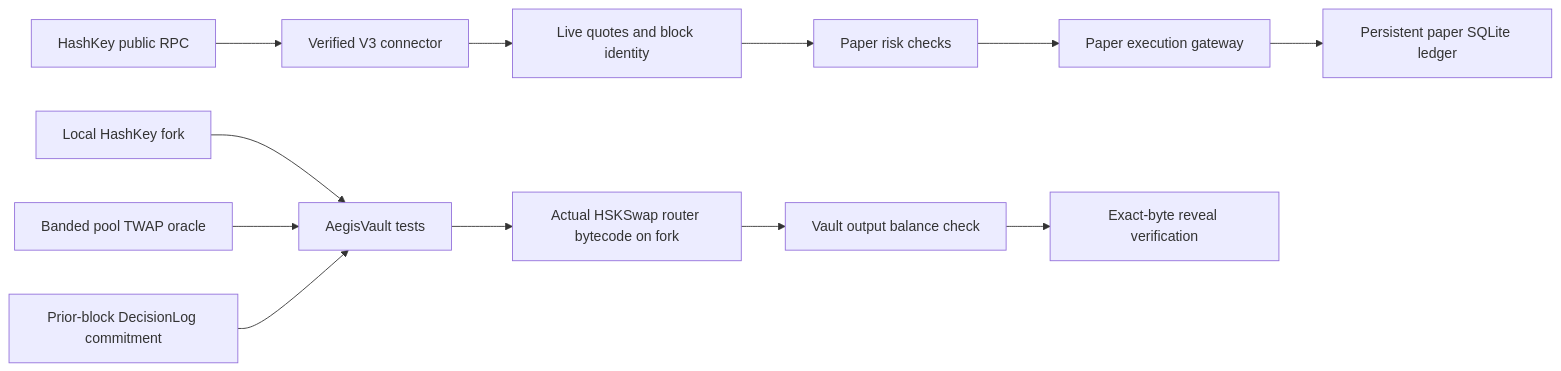
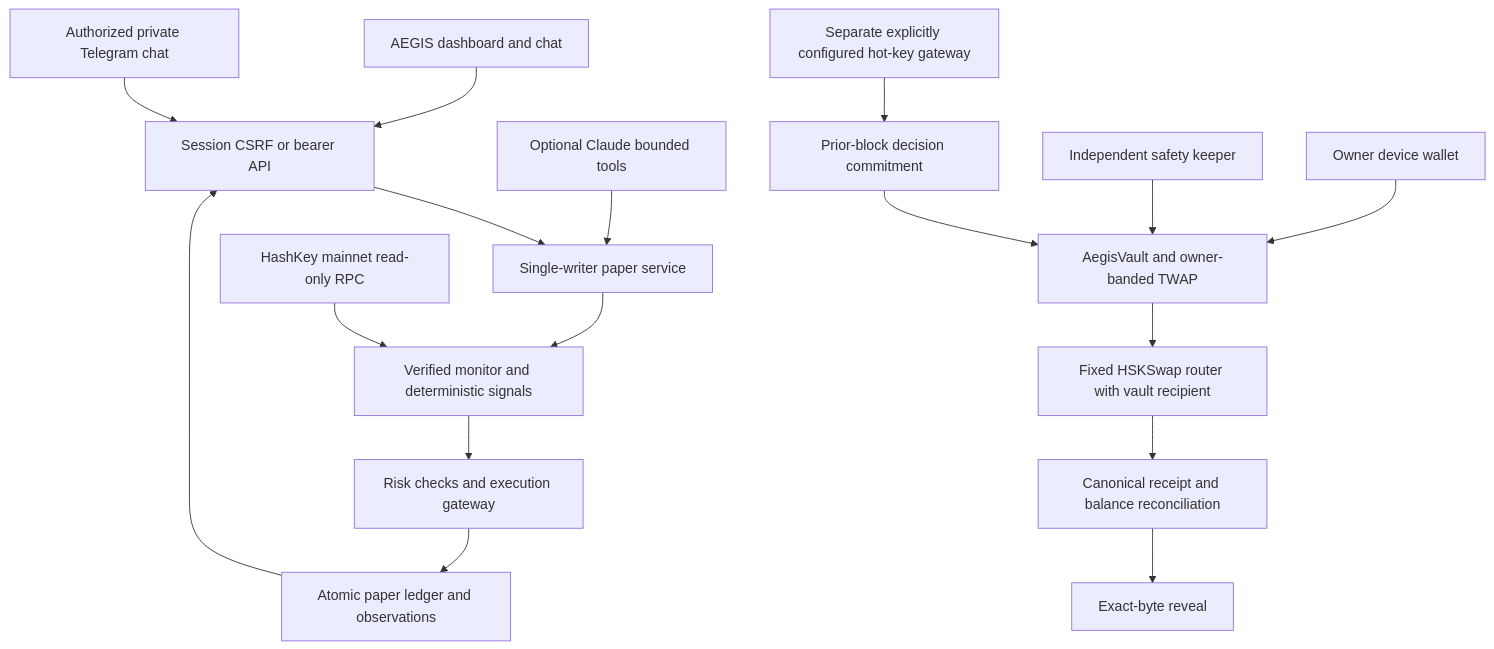
The diagram in docs/ARCHITECTURE.md (sreenivasivbieb/automatic-trading-agent), drawn with Mermaid before and after one commit. The commit also changed other lines of this file and 23 other files, not shown here.

Commit message:
docs: record connected AEGIS flows and one-hour paper evidence

````diff
--- a/docs/ARCHITECTURE.md
+++ b/docs/ARCHITECTURE.md
@@ -7,14 +7,19 @@
 ```mermaid
-flowchart LR
-    H[HashKey public RPC] --> D[Verified V3 connector]
-    D --> Q[Live quotes and block identity]
-    Q --> R[Paper risk checks]
-    R --> G[Paper execution gateway]
-    G --> S[Persistent paper SQLite ledger]
-    F[Local HashKey fork] --> V[AegisVault tests]
-    O[Banded pool TWAP oracle] --> V
-    L[Prior-block DecisionLog commitment] --> V
-    V --> X[Actual HSKSwap router bytecode on fork]
-    X --> B[Vault output balance check]
-    B --> E[Exact-byte reveal verification]
+flowchart TD
+    UI[AEGIS dashboard and chat] --> API[Session CSRF or bearer API]
+    TG[Authorized private Telegram chat] --> API
+    API --> S[Single-writer paper service]
+    C[Optional Claude bounded tools] --> S
+    S --> M[Verified monitor and deterministic signals]
+    RPC[HashKey mainnet read-only RPC] --> M
+    M --> G[Risk checks and execution gateway]
+    G --> DB[Atomic paper ledger and observations]
+    DB --> API
+    SG[Separate explicitly configured hot-key gateway] --> L[Prior-block decision commitment]
+    L --> V[AegisVault and owner-banded TWAP]
+    K[Independent safety keeper] --> V
+    V --> X[Fixed HSKSwap router with vault recipient]
+    X --> R[Canonical receipt and balance reconciliation]
+    R --> RE[Exact-byte reveal]
+    W[Owner device wallet] --> V
 ```
````
